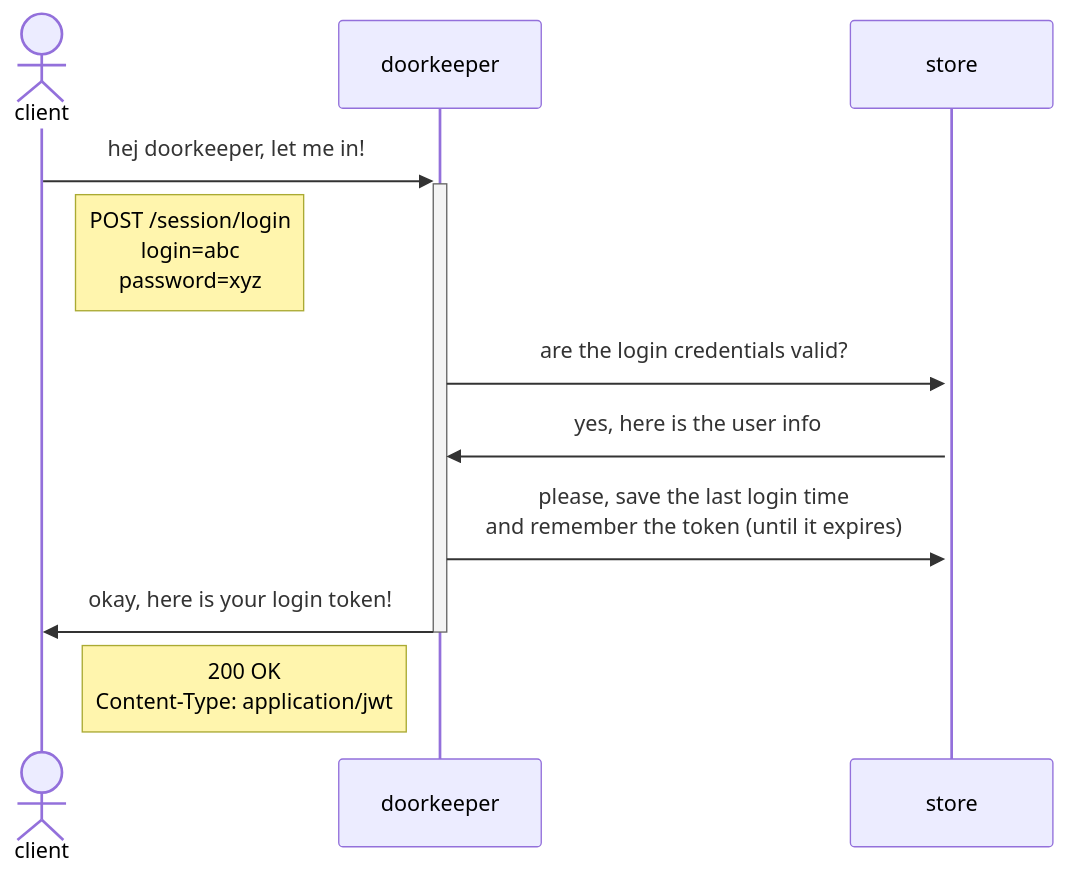
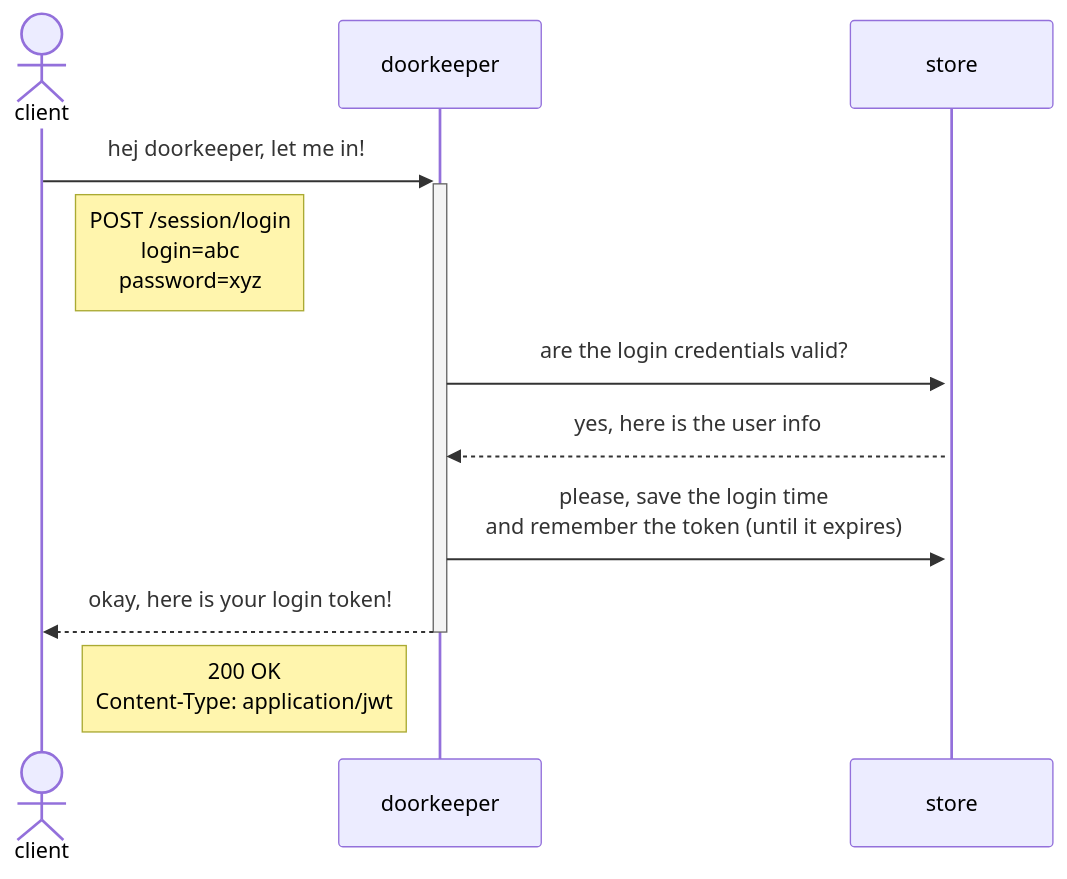
Before and after one commit to spearwolf/doorkeeper: the diagram in docs/login-via-password.mmd, drawn with Mermaid. The commit also changed 1 other file, not shown here.

Commit message:
update login-via-password diagram

```diff
--- a/docs/login-via-password.mmd
+++ b/docs/login-via-password.mmd
@@ -1,13 +1,13 @@
 sequenceDiagram
 
 actor client
 
 client->>+doorkeeper: hej doorkeeper, let me in!
 Note right of client: POST /session/login<br>login=abc<br>password=xyz
 
 doorkeeper->>+store: are the login credentials valid?
-store->>doorkeeper: yes, here is the user info
-doorkeeper->>store: please, save the last login time<br>and remember the token (until it expires)
+store-->>doorkeeper: yes, here is the user info
+doorkeeper->>store: please, save the login time<br>and remember the token (until it expires)
 
-doorkeeper->>-client: okay, here is your login token!
+doorkeeper-->>-client: okay, here is your login token!
 Note left of doorkeeper: 200 OK<br>Content-Type: application/jwt
```
